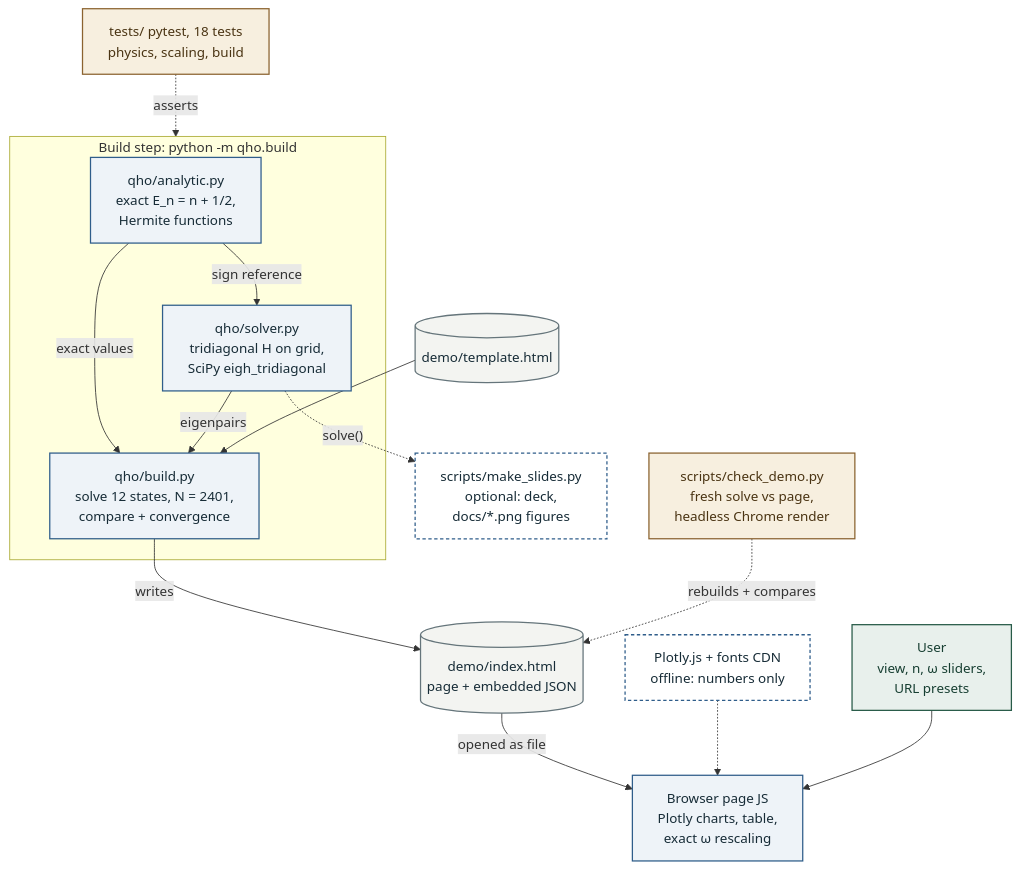
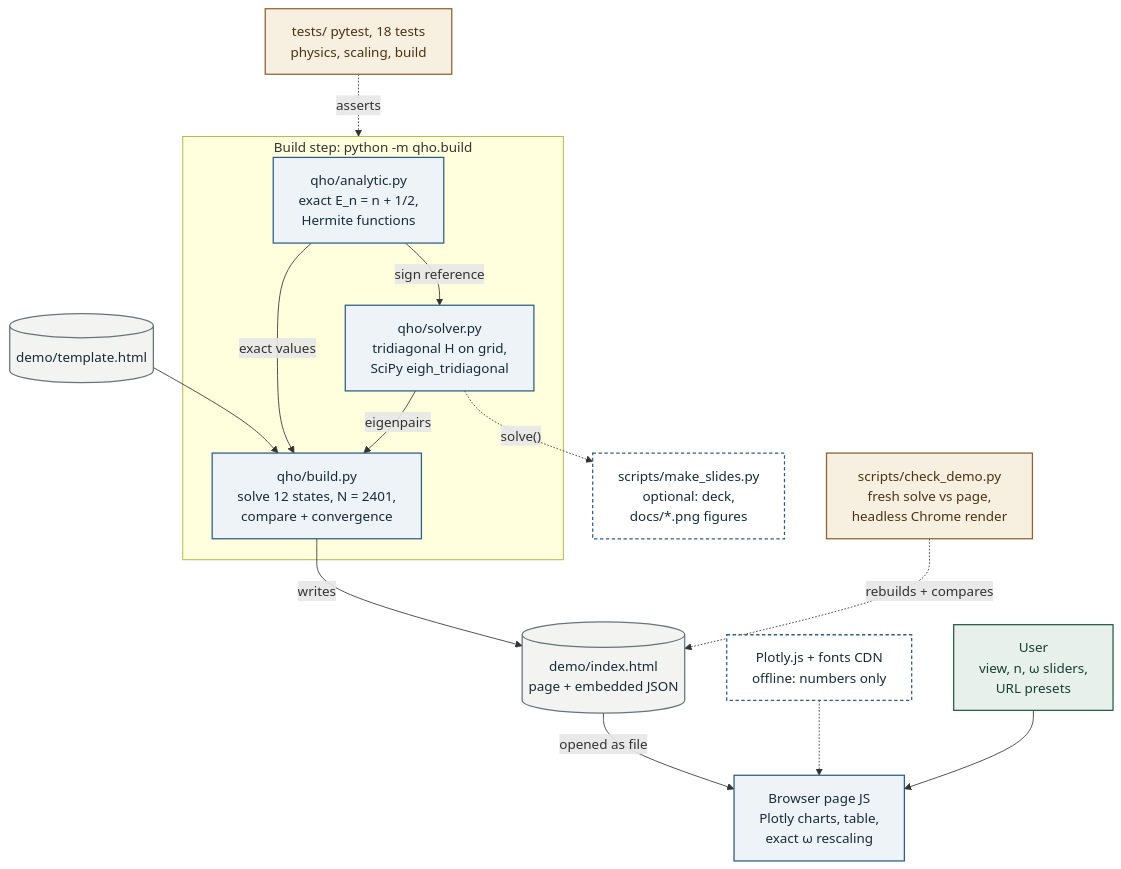
One commit to retinapeg/schrodinger-harmonic-demo changed the diagram in docs/architecture.mmd. Above: the diagram before and after it, drawn with Mermaid. The commit also changed other lines of this file and 1 other file, not shown here.

Commit message:
docs: reorder architecture diagram nodes to remove an edge crossing

```diff
--- a/docs/architecture.mmd
+++ b/docs/architecture.mmd
@@ -1,43 +1,43 @@
 %% Architecture of schrodinger-harmonic-demo at commit 727c13c70384a028fb1e097defec5ded770648fc
 %% Sources: qho/__init__.py, qho/analytic.py, qho/solver.py, qho/build.py, demo/template.html, tests/test_solver.py, tests/test_scaling.py, tests/test_build.py, scripts/check_demo.py, scripts/make_slides.py
 %% Render: npx @mermaid-js/mermaid-cli -i docs/architecture.mmd -o docs/images/architecture.svg -b white
 flowchart TD
+    TPL[("demo/template.html")]
     subgraph PY["Build step: python -m qho.build"]
         AN["qho/analytic.py<br/>exact E_n = n + 1/2,<br/>Hermite functions"]
         SO["qho/solver.py<br/>tridiagonal H on grid,<br/>SciPy eigh_tridiagonal"]
         BU["qho/build.py<br/>solve 12 states, N = 2401,<br/>compare + convergence"]
     end
-    TPL[("demo/template.html")]
     IDX[("demo/index.html<br/>page + embedded JSON")]
     BR["Browser page JS<br/>Plotly charts, table,<br/>exact ω rescaling"]
     USER["User<br/>view, n, ω sliders,<br/>URL presets"]
     CDN["Plotly.js + fonts CDN<br/>offline: numbers only"]
     TST["tests/ pytest, 18 tests<br/>physics, scaling, build"]
     CHK["scripts/check_demo.py<br/>fresh solve vs page,<br/>headless Chrome render"]
     SL["scripts/make_slides.py<br/>optional: deck,<br/>docs/*.png figures"]
 
+    TPL --> BU
     AN -->|sign reference| SO
     AN -->|exact values| BU
     SO -->|eigenpairs| BU
-    TPL --> BU
     TST -.->|asserts| PY
     BU -->|writes| IDX
     SO -.->|"solve()"| SL
     IDX -->|opened as file| BR
     CDN -.-> BR
     USER --> BR
     CHK -.->|rebuilds + compares| IDX
 
     class AN,SO,BU,BR det;
     class TPL,IDX store;
     class USER human;
     class TST,CHK eval;
     class CDN,SL ext;
 
     classDef ai fill:#efe7fb,stroke:#6a4c93,stroke-width:2px,color:#2b1d45;
     classDef det fill:#eef3f8,stroke:#2f5d8a,stroke-width:1.5px,color:#172c37;
     classDef human fill:#e8f0ec,stroke:#285b48,stroke-width:1.5px,color:#173f32;
     classDef eval fill:#f7efdf,stroke:#8b6330,stroke-width:1.5px,color:#4a3413;
     classDef store fill:#f3f4f1,stroke:#65757b,stroke-width:1.5px,color:#172c37;
     classDef ext fill:#ffffff,stroke:#2f5d8a,stroke-width:1.5px,stroke-dasharray:4 3,color:#172c37;
     classDef mock fill:#ffffff,stroke:#9aa5a8,stroke-width:1.5px,stroke-dasharray:6 4,color:#65757b;
```
